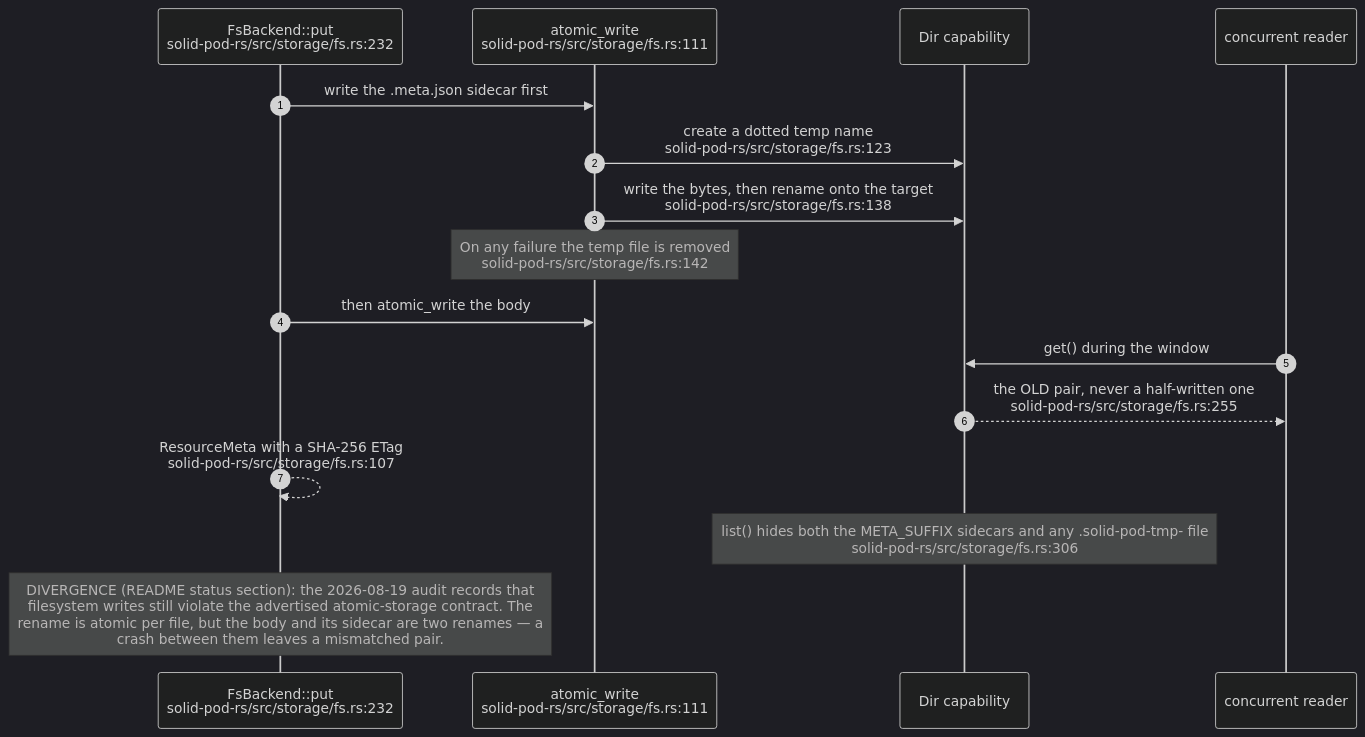
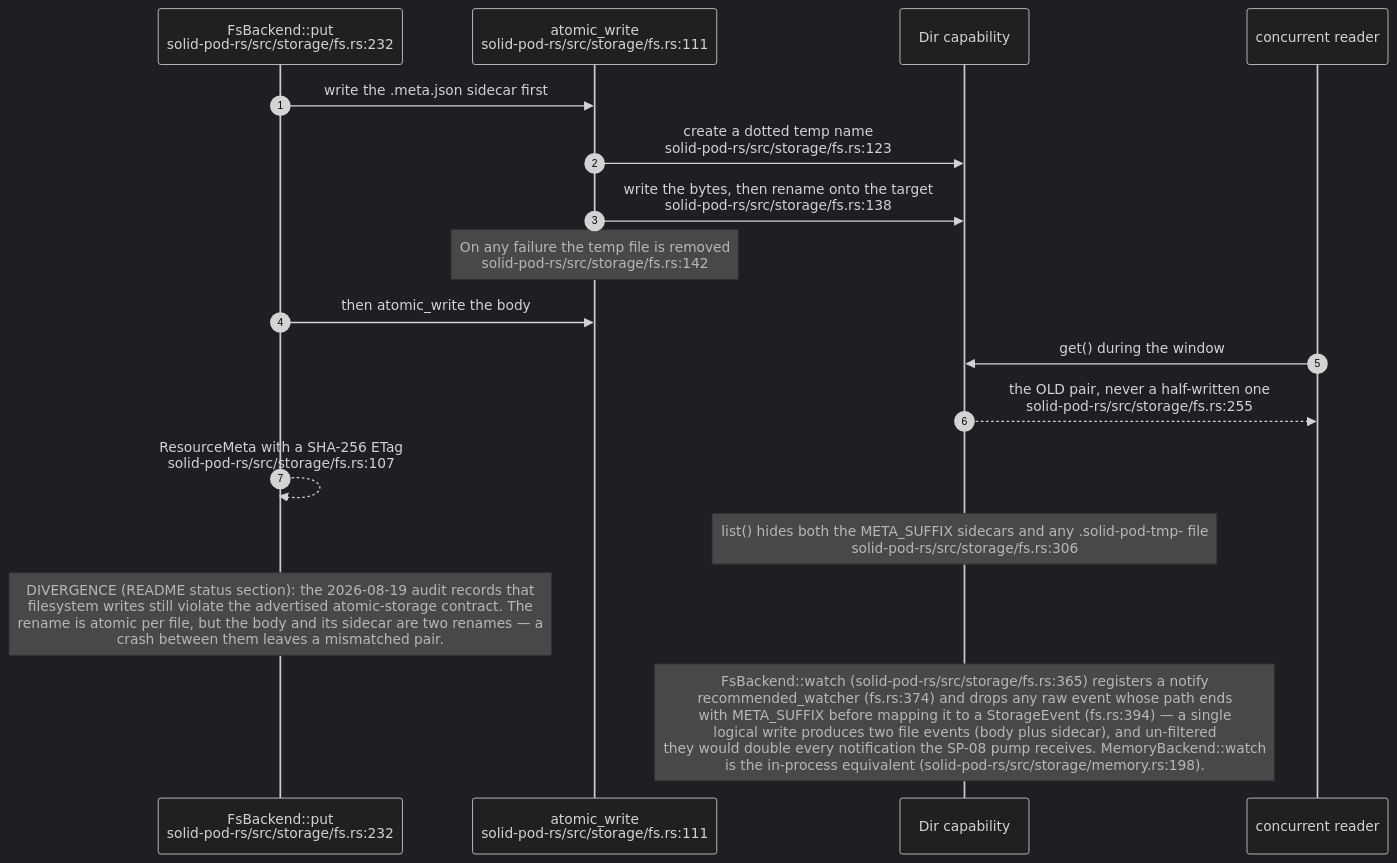
One commit to DreamLab-AI/VisionFlow changed the fourth of 11 diagrams in docs/diagrams/solid-pod-rs/06-storage-quota-and-git-pods.md. Above: the diagram before and after it, drawn with Mermaid (dark theme). The commit also changed other lines of this file and 136 other files, not shown here.

First line of the commit message:
docs(diagrams): refresh the whole corpus to code HEAD and prune low-value diagrams

````diff
--- a/docs/diagrams/solid-pod-rs/06-storage-quota-and-git-pods.md
+++ b/docs/diagrams/solid-pod-rs/06-storage-quota-and-git-pods.md
@@ -105,20 +101,21 @@
 ```mermaid
 sequenceDiagram
     autonumber
     participant W as FsBackend::put<br/>solid-pod-rs/src/storage/fs.rs:232
     participant A as atomic_write<br/>solid-pod-rs/src/storage/fs.rs:111
     participant D as Dir capability
     participant R as concurrent reader
 
     W->>A: write the .meta.json sidecar first
     A->>D: create a dotted temp name<br/>solid-pod-rs/src/storage/fs.rs:123
     A->>D: write the bytes, then rename onto the target<br/>solid-pod-rs/src/storage/fs.rs:138
     Note over A: On any failure the temp file is removed<br/>solid-pod-rs/src/storage/fs.rs:142
     W->>A: then atomic_write the body
     R->>D: get() during the window
     D-->>R: the OLD pair, never a half-written one<br/>solid-pod-rs/src/storage/fs.rs:255
     W-->>W: ResourceMeta with a SHA-256 ETag<br/>solid-pod-rs/src/storage/fs.rs:107
 
     Note over D: list() hides both the META_SUFFIX sidecars and any .solid-pod-tmp- file<br/>solid-pod-rs/src/storage/fs.rs:306
     Note over W: DIVERGENCE (README status section): the 2026-08-19 audit records that<br/>filesystem writes still violate the advertised atomic-storage contract. The<br/>rename is atomic per file, but the body and its sidecar are two renames — a<br/>crash between them leaves a mismatched pair.
+    Note over D: FsBackend::watch (solid-pod-rs/src/storage/fs.rs:365) registers a notify<br/>recommended_watcher (fs.rs:374) and drops any raw event whose path ends<br/>with META_SUFFIX before mapping it to a StorageEvent (fs.rs:394) — a single<br/>logical write produces two file events (body plus sidecar), and un-filtered<br/>they would double every notification the SP-08 pump receives. MemoryBackend::watch<br/>is the in-process equivalent (solid-pod-rs/src/storage/memory.rs:198).
 ```
````
